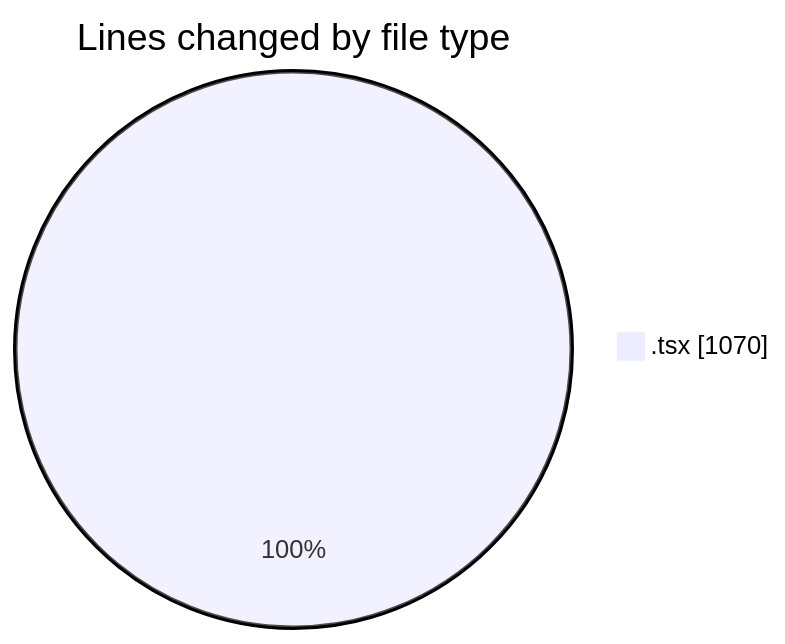
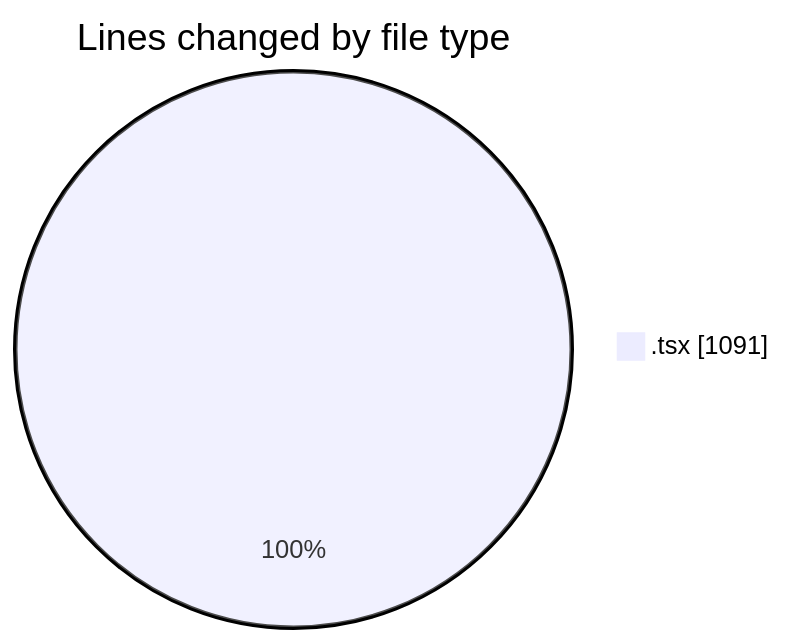
One commit to nxtqubesakshisongat/code-tracking changed the first of 2 diagrams in 2026-02-02/nxtqube_webapp/README.md. Above: the diagram before and after it, drawn with Mermaid. The commit also changed other lines of this file and 1 other file, not shown here.

````diff
--- a/2026-02-02/nxtqube_webapp/README.md
+++ b/2026-02-02/nxtqube_webapp/README.md
@@ -22,5 +22,5 @@
 ```mermaid
 pie showData
 title Lines changed by file type
-".tsx" : 1070
+".tsx" : 1091
 ```
````
